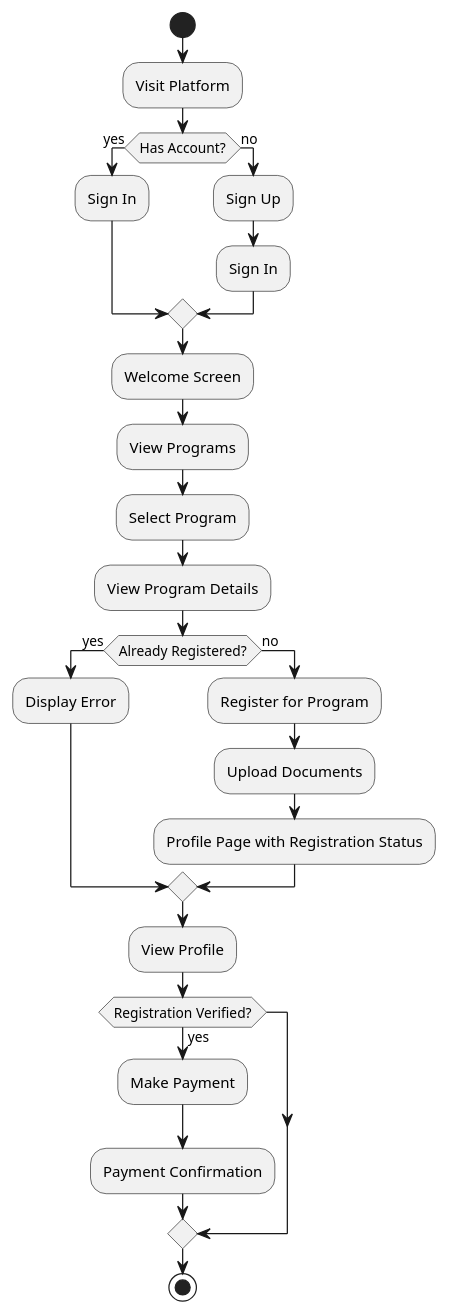
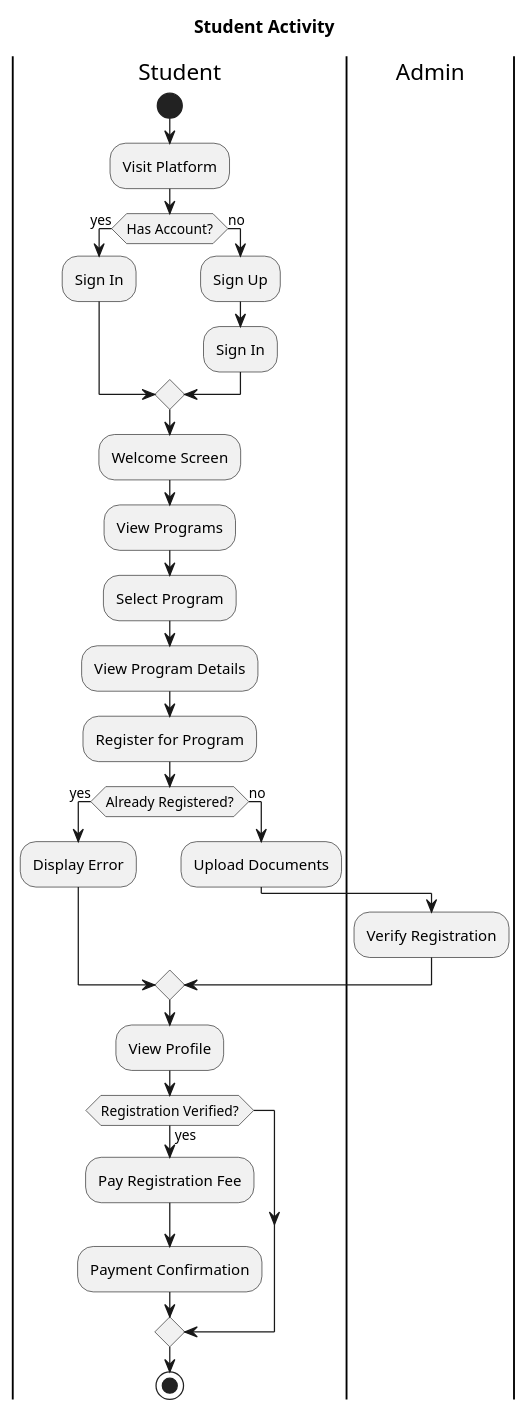
The diagram in diagrams/student_activity.plantuml (ajimbong/flask-registration-platform), drawn with PlantUML before and after one commit. The commit also changed 42 other files, not shown here.

```diff
--- a/diagrams/student_activity.plantuml
+++ b/diagrams/student_activity.plantuml
@@ -1,27 +1,32 @@
 @startuml
+title Student Activity
+|Student|
 start
 :Visit Platform;
 if (Has Account?) then (yes)
     :Sign In;
 else (no)
     :Sign Up;
     :Sign In;
 endif
 :Welcome Screen;
 :View Programs;
 :Select Program;
 :View Program Details;
+:Register for Program;
 if (Already Registered?) then (yes)
     :Display Error;
 else (no)
-    :Register for Program;
     :Upload Documents;
-    :Profile Page with Registration Status;
+    |Admin|
+    :Verify Registration;
+|Student|
 endif
+
 :View Profile;
 if (Registration Verified?) then (yes)
-    :Make Payment;
+    :Pay Registration Fee;
     :Payment Confirmation;
 endif
 stop
 @enduml
```
